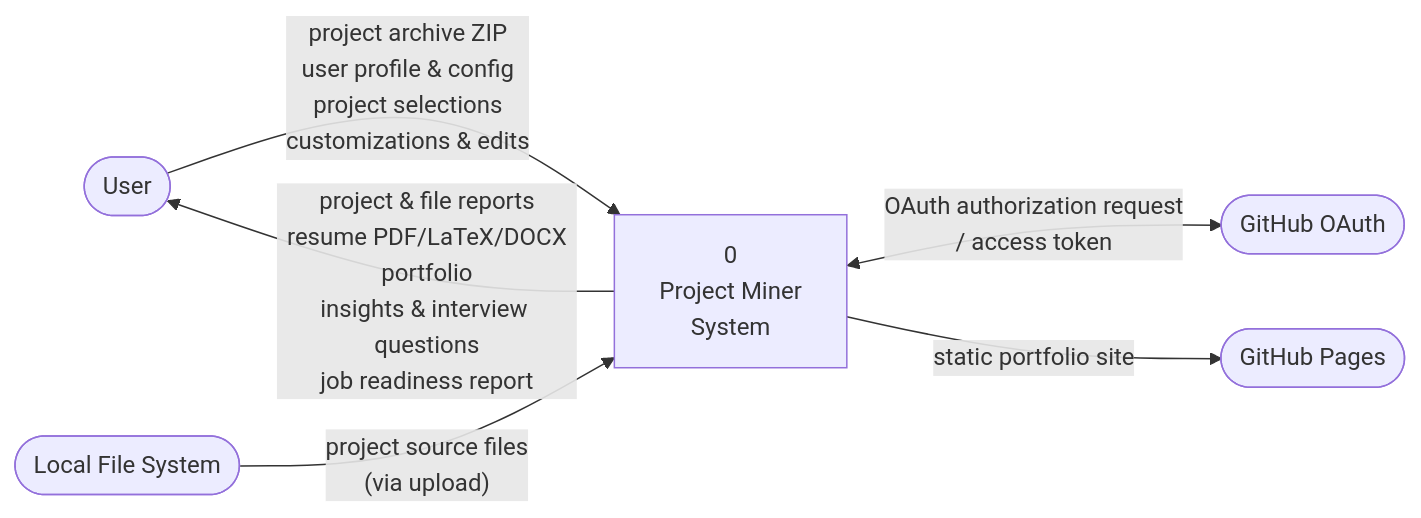
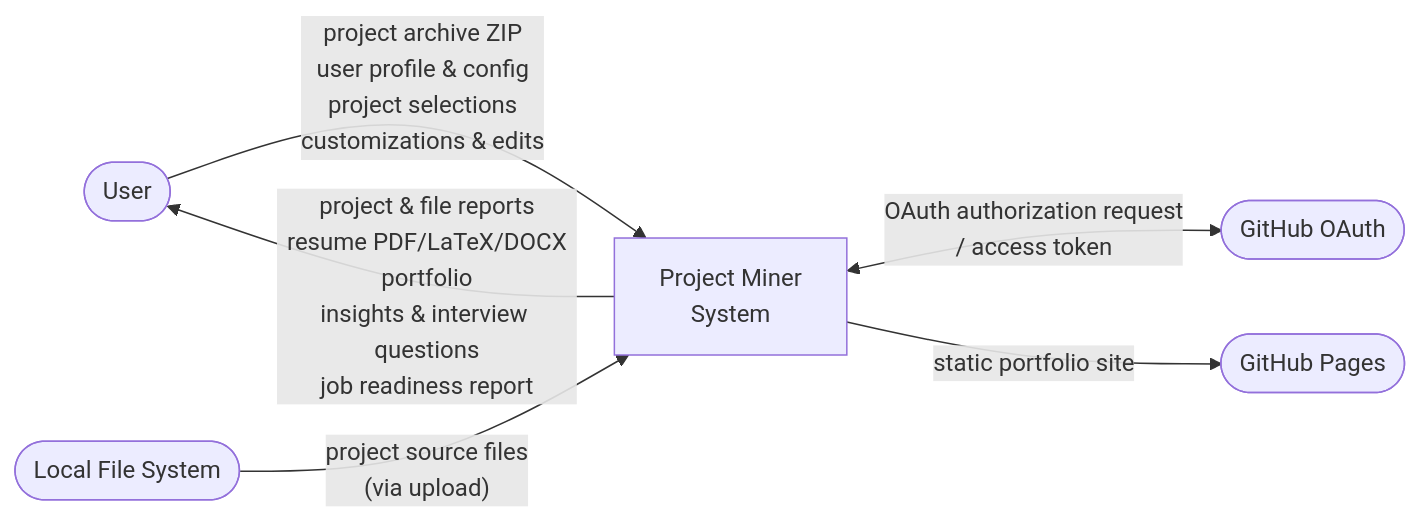
Before and after one commit to COSC-499-W2025/capstone-project-team-18: the second of 3 diagrams in documentation/system_diagrams.md, drawn with Mermaid. The commit also changed other lines of this file, not shown here.

Commit message:
Updated diagram

````diff
--- a/documentation/system_diagrams.md
+++ b/documentation/system_diagrams.md
@@ -53,18 +88,18 @@
 ```mermaid
 flowchart LR
     User(["User"])
     GHOAuth(["GitHub OAuth"])
     GHPages(["GitHub Pages"])
     FS(["Local File System"])
 
-    System["0\nProject Miner\nSystem"]
+    System["Project Miner\nSystem"]
 
     User -->|"project archive ZIP\nuser profile & config\nproject selections\ncustomizations & edits"| System
     System -->|"project & file reports\nresume PDF/LaTeX/DOCX\nportfolio\ninsights & interview questions\njob readiness report"| User
 
     FS -->|"project source files\n(via upload)"| System
 
     System <-->|"OAuth authorization request\n/ access token"| GHOAuth
 
     System -->|"static portfolio site"| GHPages
 ```
````
